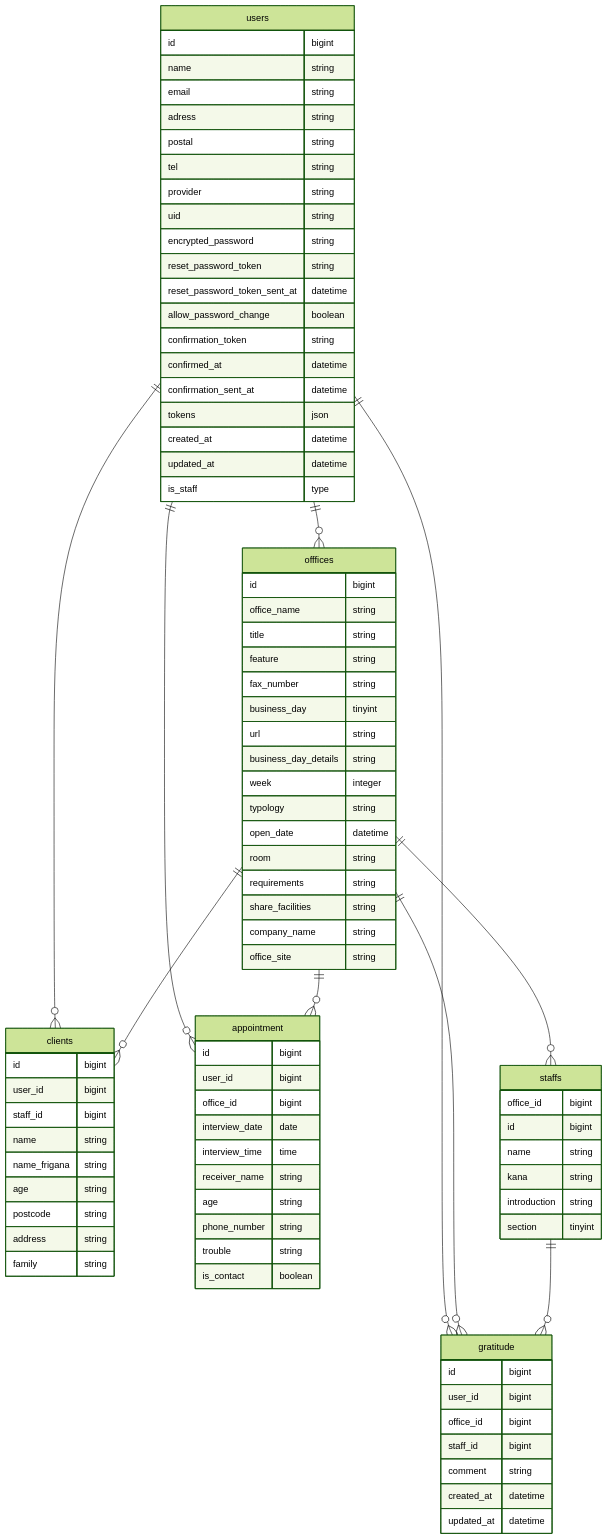
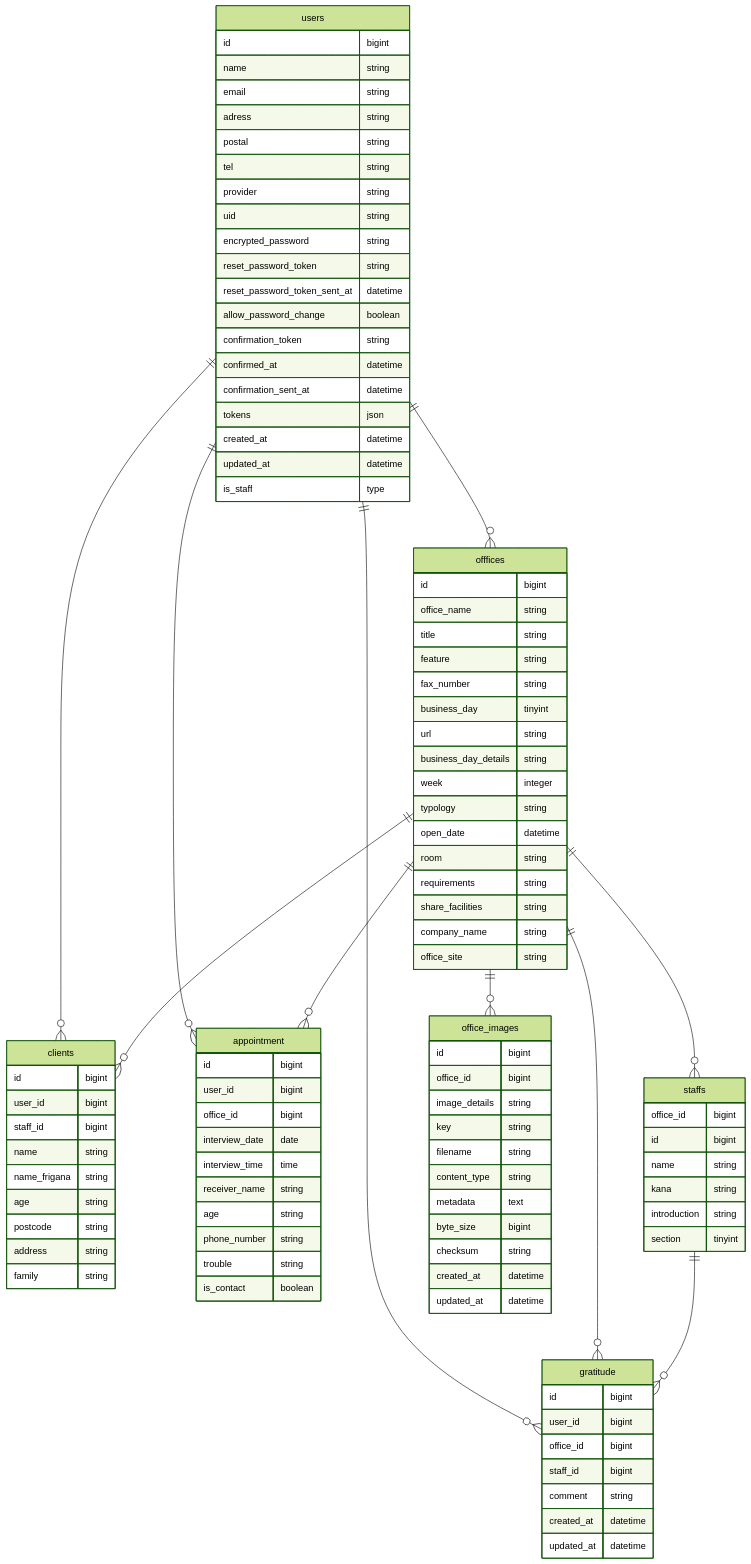
One commit to rtkjm22/homeCareNavi_2nd_API changed the diagram in README.md. Above: the diagram before and after it, drawn with Mermaid (forest theme).

````diff
--- a/README.md
+++ b/README.md
@@ -43,6 +43,7 @@
     offfices ||--o{ clients: ""
     offfices ||--o{ appointment: ""
     offfices ||--o{ gratitude: ""
+    offfices ||--o{ office_images: ""
     staffs ||--o{ gratitude: ""
 
 users {
@@ -129,4 +130,17 @@
   created_at datetime
   updated_at datetime
 }
+office_images {
+  id bigint
+  office_id bigint
+  image_details string
+  key string
+  filename string
+  content_type string
+  metadata text
+  byte_size bigint
+  checksum string
+  created_at datetime
+  updated_at datetime
+}
 ```
````
